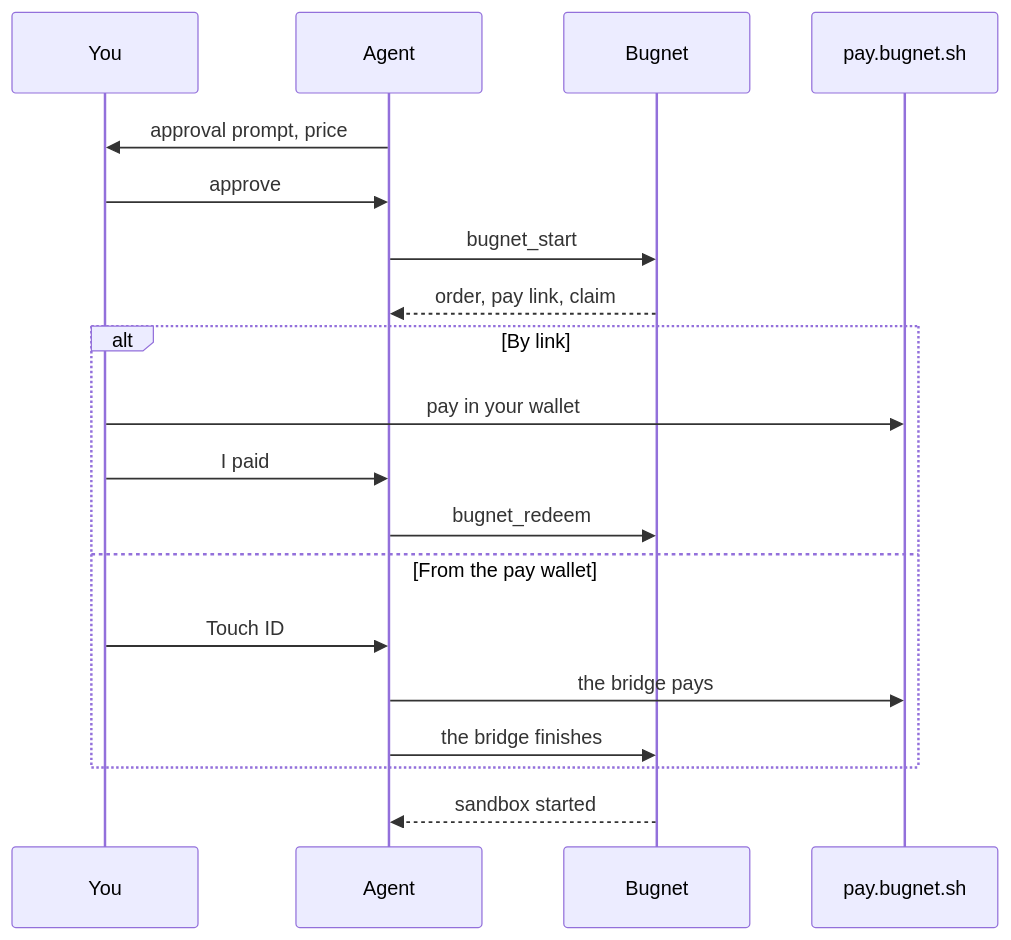
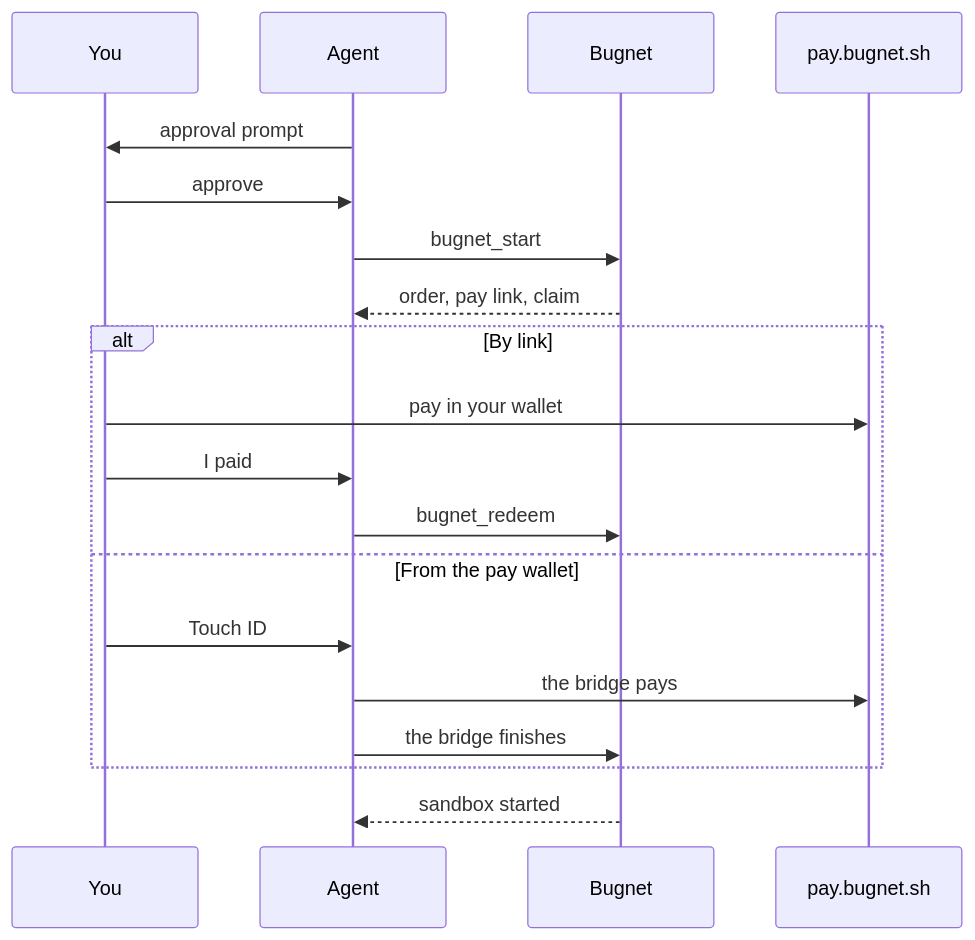
The diagram in packages/site/content/docs/paying.md (bugnet-sh/website), drawn with Mermaid before and after one commit. The commit also changed 3 other files, not shown here.

Commit message:
docs(site): diagrams fit the docs column: safety top-down, four participants in Get started, shorter labels

````diff
--- a/packages/site/content/docs/paying.md
+++ b/packages/site/content/docs/paying.md
@@ -17,21 +17,21 @@
 ```mermaid
 sequenceDiagram
     participant You
     participant Agent
     participant Bugnet
     participant Pay as pay.bugnet.sh
-    Agent->>You: approval prompt, price
+    Agent->>You: approval prompt
     You->>Agent: approve
     Agent->>Bugnet: bugnet_start
     Bugnet-->>Agent: order, pay link, claim
     alt By link
         You->>Pay: pay in your wallet
         You->>Agent: I paid
         Agent->>Bugnet: bugnet_redeem
     else From the pay wallet
         You->>Agent: Touch ID
         Agent->>Pay: the bridge pays
         Agent->>Bugnet: the bridge finishes
     end
     Bugnet-->>Agent: sandbox started
 ```
````
